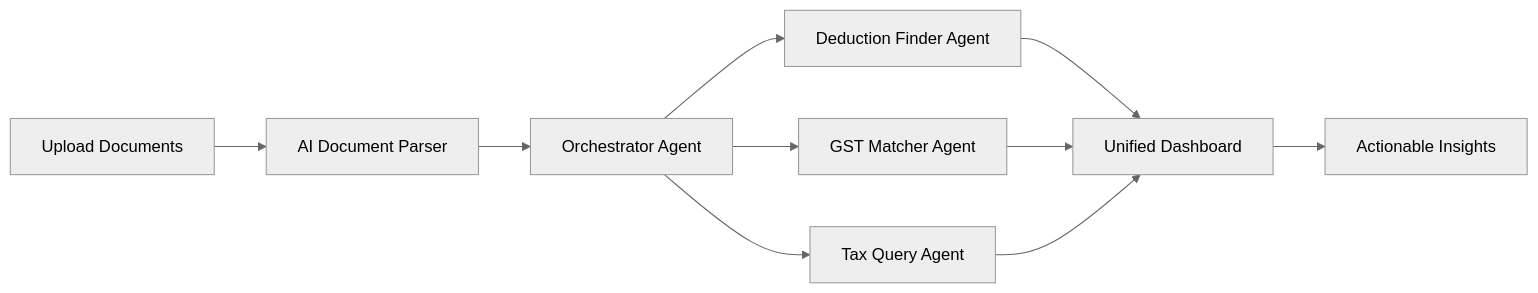
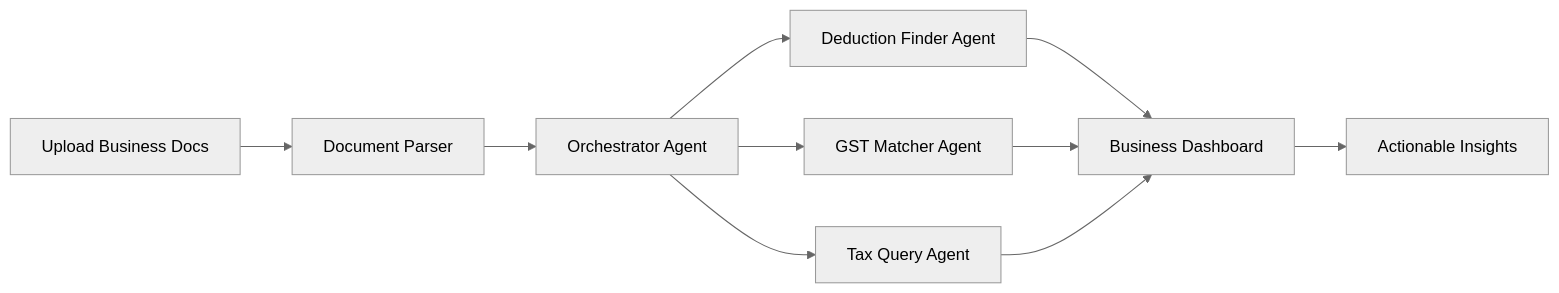
The second of 5 diagrams in README.md (sushantpatil03/MumbaiHacks), drawn with Mermaid (neutral theme) before and after one commit. The commit also changed other lines of this file, not shown here.

````diff
--- a/README.md
+++ b/README.md
@@ -70,12 +99,12 @@
 ```mermaid
 graph LR
-    A[Upload Documents] --> B[AI Document Parser]
+    A[Upload Business Docs] --> B[Document Parser]
     B --> C[Orchestrator Agent]
     C --> D[Deduction Finder Agent]
     C --> E[GST Matcher Agent]
     C --> F[Tax Query Agent]
-    D --> G[Unified Dashboard]
+    D --> G[Business Dashboard]
     E --> G
     F --> G
     G --> H[Actionable Insights]
 ```
````
